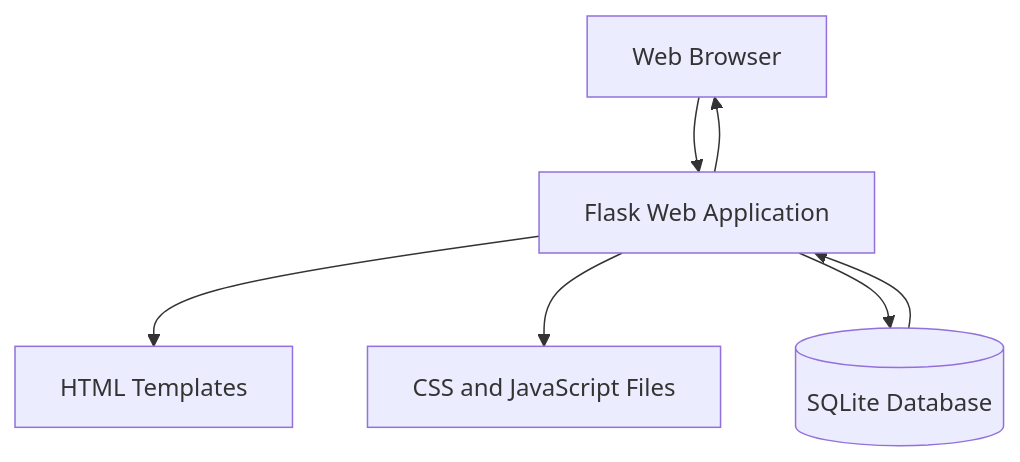
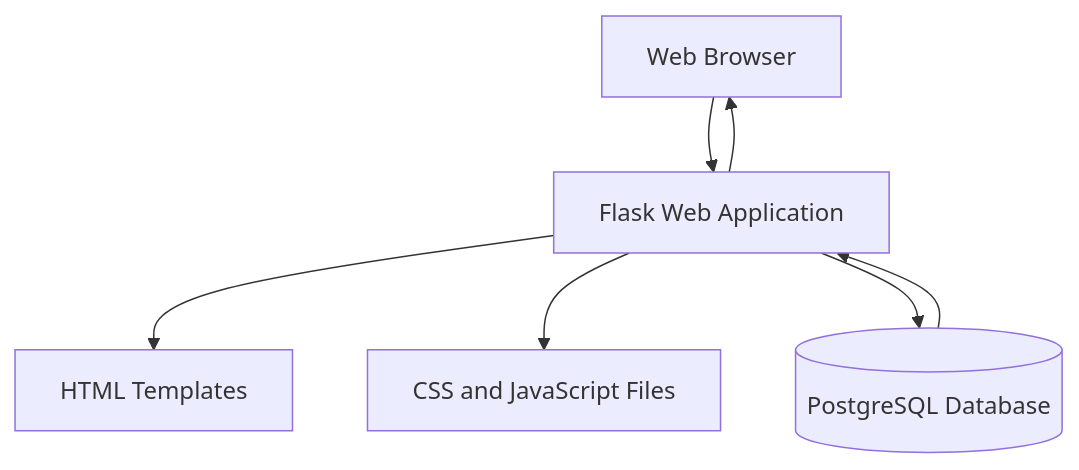
One commit to CS22M105/inventory_management_system changed the second of 11 diagrams in design_docx/SYSTEM_DIAGRAMS.md. Above: the diagram before and after it, drawn with Mermaid. The commit also changed other lines of this file and 6 other files, not shown here.

Commit message:
docs: replace SQLite references with PostgreSQL to match code

````diff
--- a/design_docx/SYSTEM_DIAGRAMS.md
+++ b/design_docx/SYSTEM_DIAGRAMS.md
@@ -47,15 +47,15 @@
 ```mermaid
 flowchart TB
     Browser[Web Browser]
     Flask[Flask Web Application]
     Templates[HTML Templates]
     Static[CSS and JavaScript Files]
-    SQLite[(SQLite Database)]
+    PostgreSQL[(PostgreSQL Database)]
 
     Browser --> Flask
     Flask --> Templates
     Flask --> Static
-    Flask --> SQLite
-    SQLite --> Flask
+    Flask --> PostgreSQL
+    PostgreSQL --> Flask
     Flask --> Browser
 ```
````
